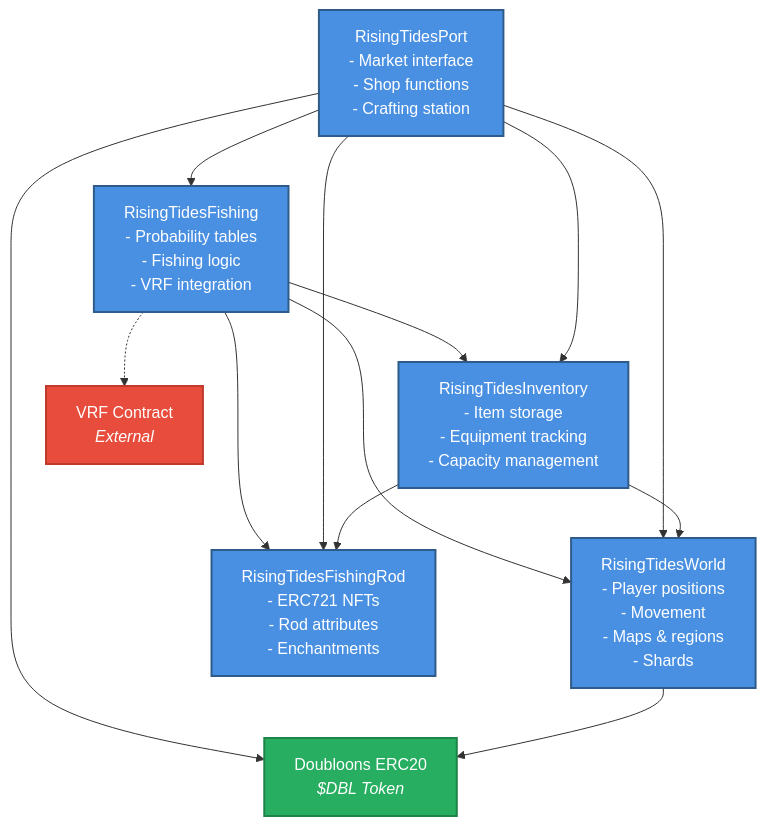
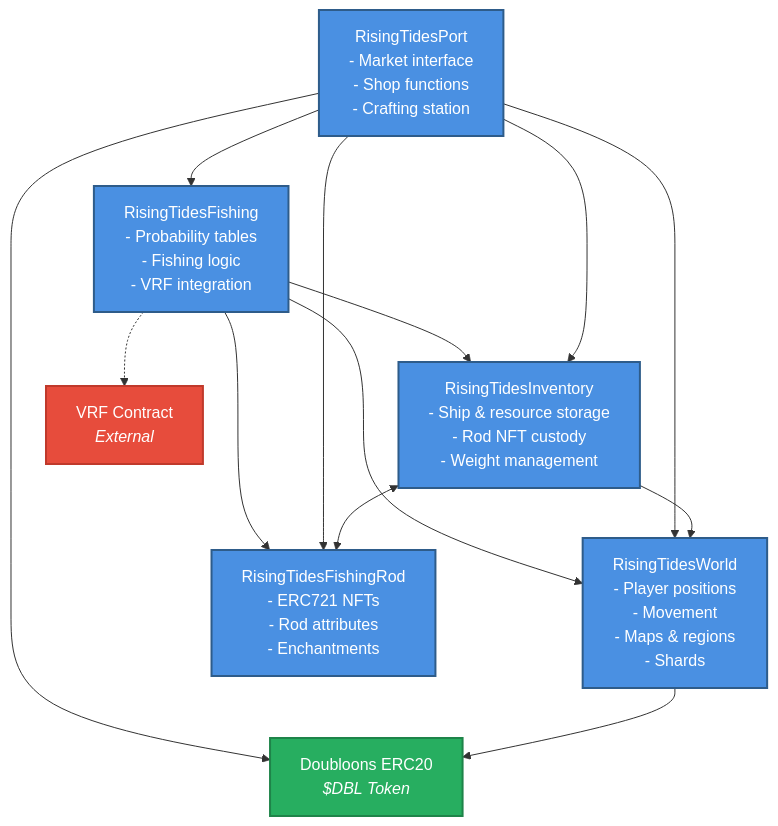
The diagram in docs/CONTRACT_DEPENDENCY_GRAPH.md (hazelnutcloud/rising-tides), drawn with Mermaid before and after one commit. The commit also changed other lines of this file and 3 other files, not shown here.

````diff
--- a/docs/CONTRACT_DEPENDENCY_GRAPH.md
+++ b/docs/CONTRACT_DEPENDENCY_GRAPH.md
@@ -5,39 +5,39 @@
 ```mermaid
 graph TD
     %% Contract nodes
     World[RisingTidesWorld<br/>- Player positions<br/>- Movement<br/>- Maps & regions<br/>- Shards]
     Fishing[RisingTidesFishing<br/>- Probability tables<br/>- Fishing logic<br/>- VRF integration]
-    Inventory[RisingTidesInventory<br/>- Item storage<br/>- Equipment tracking<br/>- Capacity management]
+    Inventory[RisingTidesInventory<br/>- Ship & resource storage<br/>- Rod NFT custody<br/>- Weight management]
     Port[RisingTidesPort<br/>- Market interface<br/>- Shop functions<br/>- Crafting station]
     Rod[RisingTidesFishingRod<br/>- ERC721 NFTs<br/>- Rod attributes<br/>- Enchantments]
 
     %% External dependencies
     VRF[VRF Contract<br/><i>External</i>]
     DBL[Doubloons ERC20<br/><i>$DBL Token</i>]
 
     %% Dependencies
     Fishing --> World
     Fishing --> Inventory
     Fishing --> Rod
     Fishing -.-> VRF
 
     Port --> Inventory
     Port --> World
     Port --> Rod
     Port --> DBL
     Port --> Fishing
 
     Inventory --> World
-    Inventory --> Rod
+    Inventory <--> Rod
 
     World --> DBL
 
     %% Styling
     classDef contract fill:#4a90e2,stroke:#2e5c8a,stroke-width:2px,color:#fff
     classDef external fill:#e74c3c,stroke:#c0392b,stroke-width:2px,color:#fff
     classDef token fill:#27ae60,stroke:#1e8449,stroke-width:2px,color:#fff
 
     class World,Fishing,Inventory,Port,Rod contract
     class VRF external
     class DBL token
 ```
````
